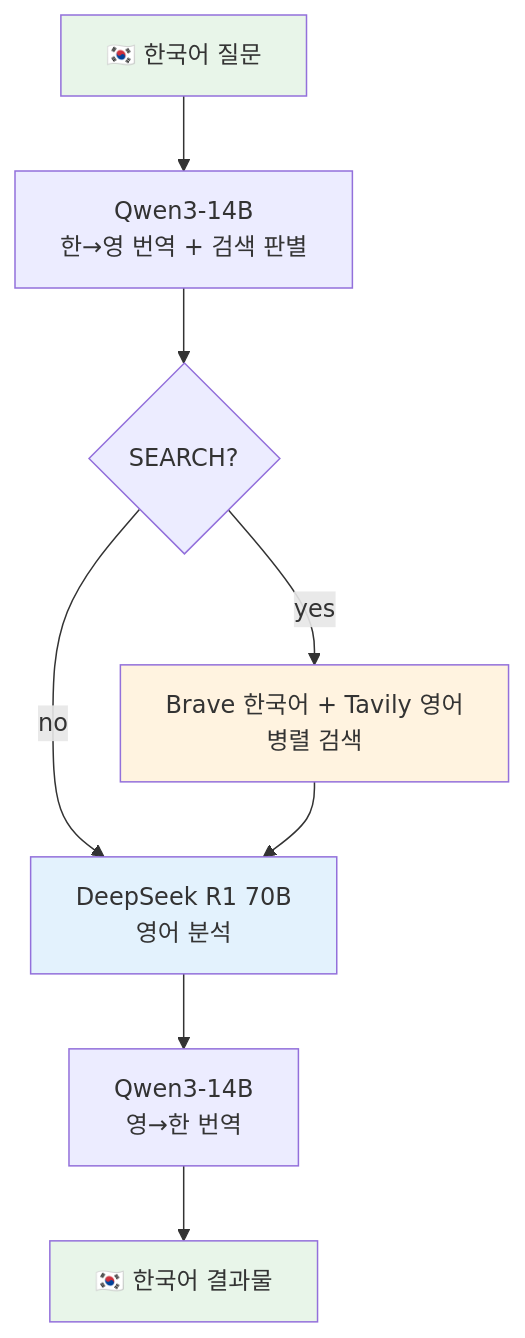
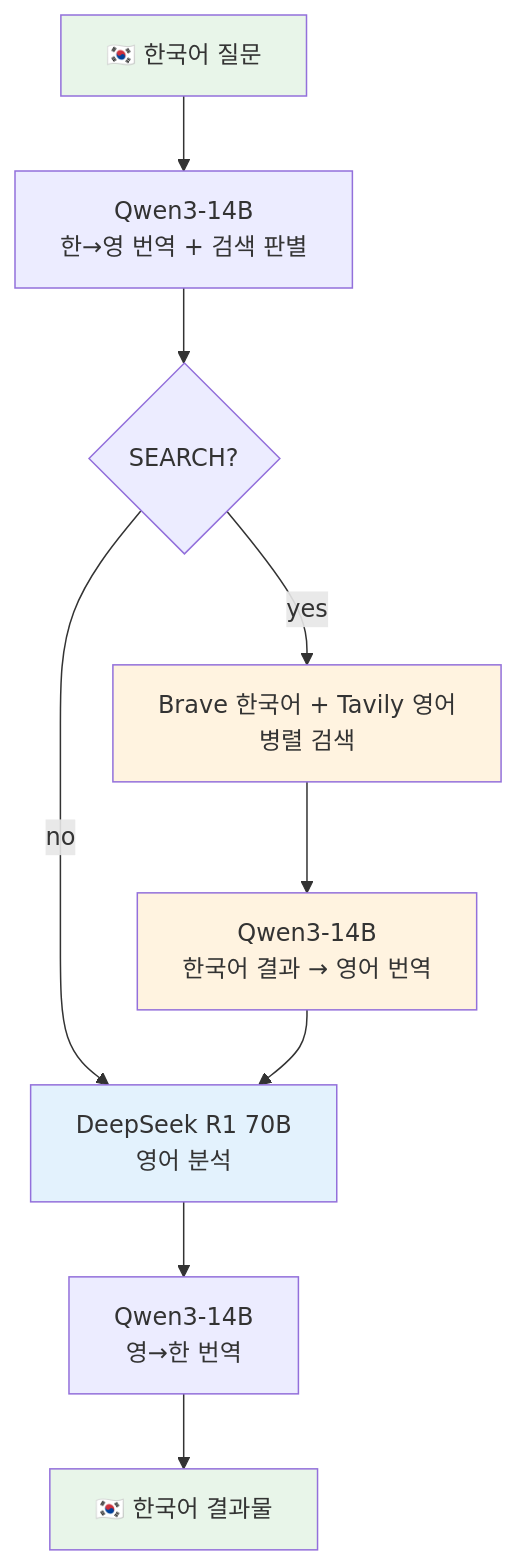
Before and after one commit to WoojinAhn/local-llm-pipeline: the first of 2 diagrams in README.md, drawn with Mermaid. The commit also changed other lines of this file and 1 other file, not shown here.

Commit message:
docs: sync CLAUDE.md and README with current implementation
- Architecture: Korean search results translated to English before DeepSeek
- Known Issues: DeepSeek Korean context limitation, knowledge gap with search
- Mermaid diagrams: added Korean result translation step
- Improvement Ideas: added TUI interface #8

````diff
--- a/README.md
+++ b/README.md
@@ -30,15 +30,17 @@
 ```mermaid
 flowchart TD
     A["🇰🇷 한국어 질문"] --> B["Qwen3-14B<br/>한→영 번역 + 검색 판별"]
     B --> C{SEARCH?}
     C -->|yes| D["Brave 한국어 + Tavily 영어<br/>병렬 검색"]
     C -->|no| E["DeepSeek R1 70B<br/>영어 분석"]
-    D --> E
+    D --> D2["Qwen3-14B<br/>한국어 결과 → 영어 번역"]
+    D2 --> E
     E --> F["Qwen3-14B<br/>영→한 번역"]
     F --> G["🇰🇷 한국어 결과물"]
 
     style A fill:#e8f5e9
     style G fill:#e8f5e9
     style D fill:#fff3e0
+    style D2 fill:#fff3e0
     style E fill:#e3f2fd
 ```
````
